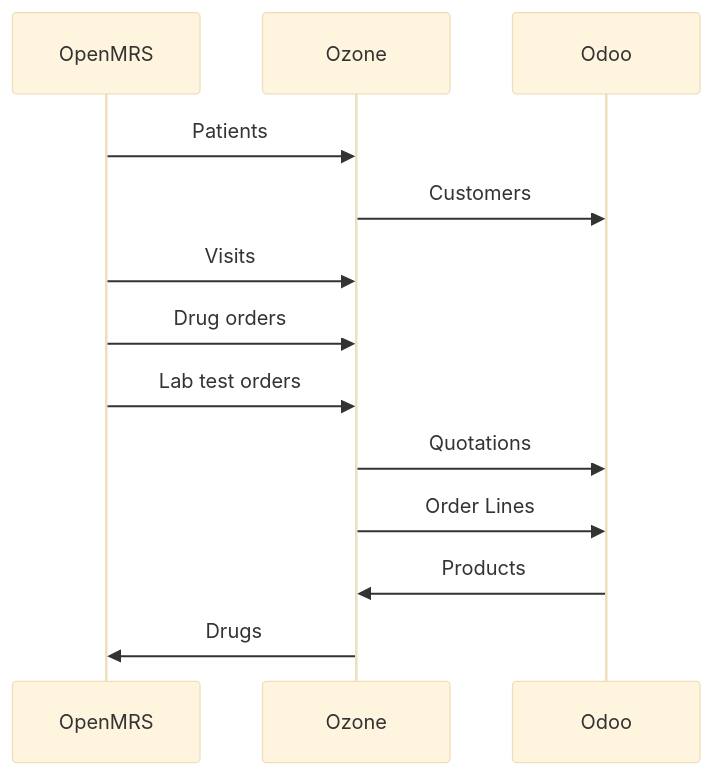
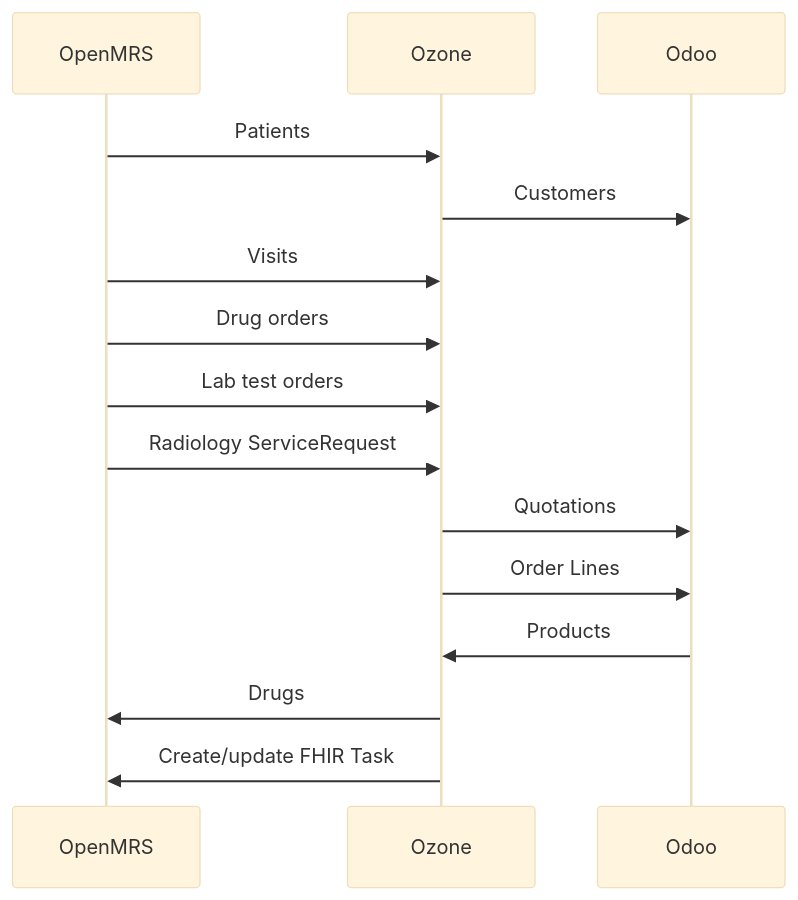
Before and after one commit to ozone-his/ozone-docs: the first of 8 diagrams in docs/users/odoo-openmrs.md, drawn with Mermaid (base theme). The commit also changed other lines of this file and 1 other file, not shown here.

First line of the commit message:
docs: document the radiology payment Task flow and Orthanc FHIR capabilities

````diff
--- a/docs/users/odoo-openmrs.md
+++ b/docs/users/odoo-openmrs.md
@@ -5,15 +5,17 @@
 ``` mermaid
     sequenceDiagram
         participant OpenMRS
         participant Ozone
         participant Odoo
         OpenMRS->>Ozone: Patients
         Ozone->>Odoo: Customers
         OpenMRS->>Ozone: Visits
         OpenMRS->>Ozone: Drug orders
         OpenMRS->>Ozone: Lab test orders
+        OpenMRS->>Ozone: Radiology ServiceRequest
         Ozone->>Odoo: Quotations
         Ozone->>Odoo: Order Lines
         Odoo->>Ozone: Products
         Ozone->>OpenMRS: Drugs
+        Ozone->>OpenMRS: Create/update FHIR Task
 ```
````
